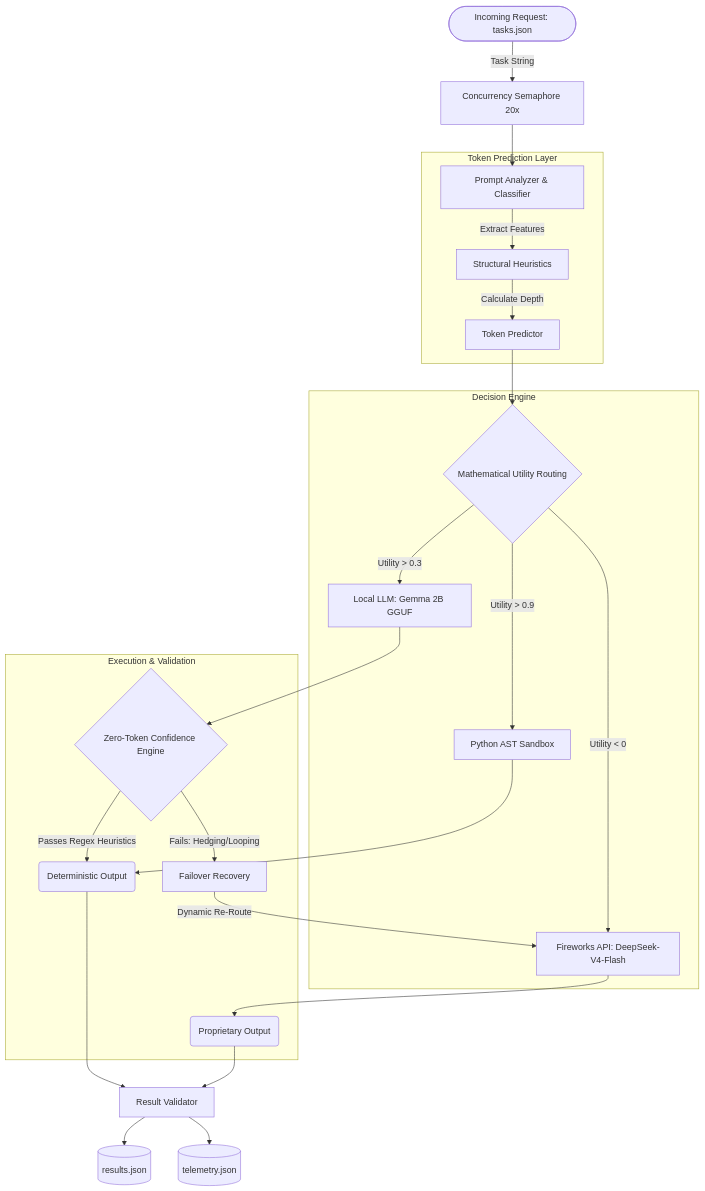
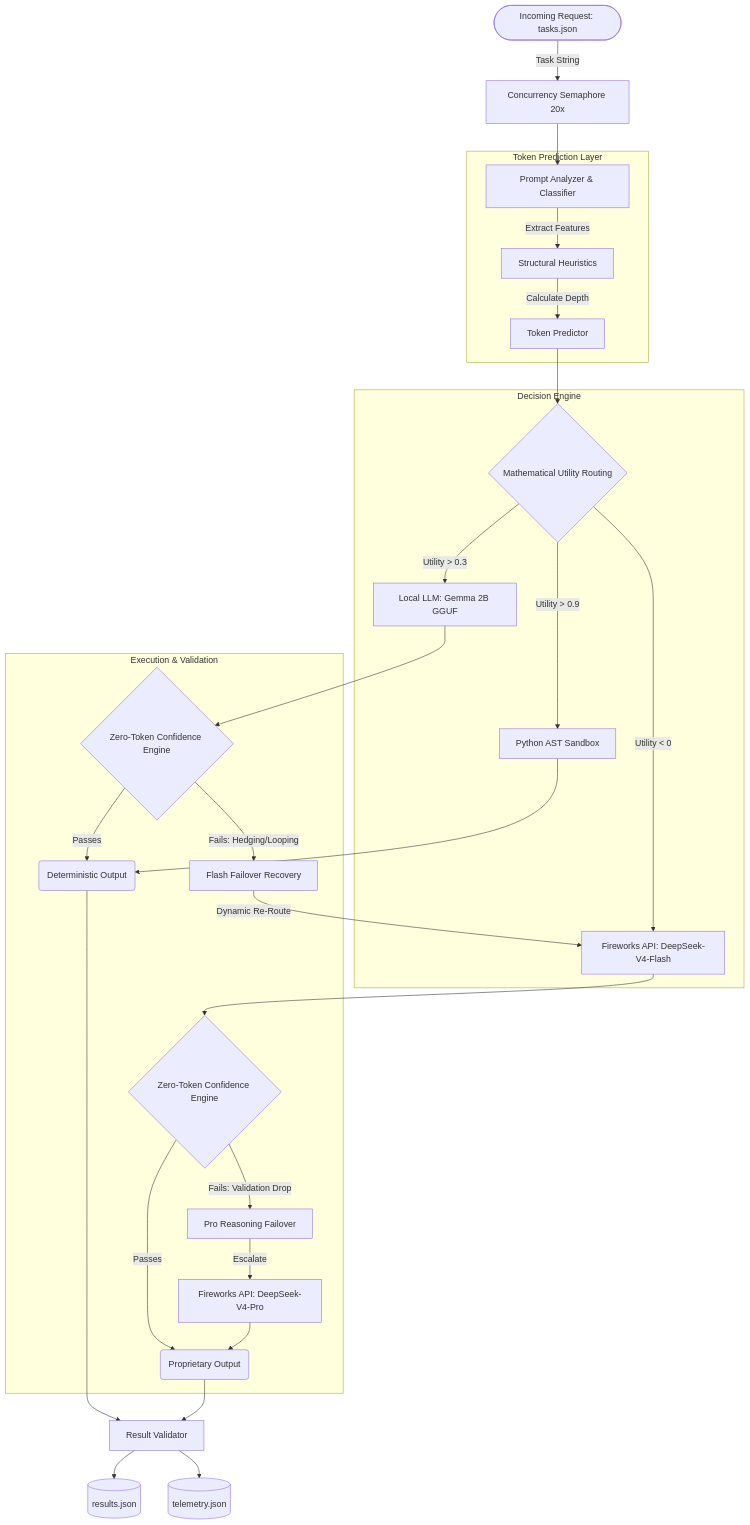
The first of 2 diagrams in README.md (RudraMalvankar/Base42), drawn with Mermaid before and after one commit. The commit also changed other lines of this file, not shown here.

Commit message:
docs: add 2-stage flash-to-pro failover architecture to readme

````diff
--- a/README.md
+++ b/README.md
@@ -18,32 +18,37 @@
 ```mermaid
 graph TD
     A([Incoming Request: tasks.json]) -->|Task String| B[Concurrency Semaphore 20x]
     B --> C[Prompt Analyzer & Classifier]
     
     subgraph Token Prediction Layer
     C -->|Extract Features| D[Structural Heuristics]
     D -->|Calculate Depth| E[Token Predictor]
     end
     
     subgraph Decision Engine
     E --> F{Mathematical Utility Routing}
     F -->|Utility > 0.9| G[Python AST Sandbox]
     F -->|Utility > 0.3| H[Local LLM: Gemma 2B GGUF]
     F -->|Utility < 0| I[Fireworks API: DeepSeek-V4-Flash]
     end
     
     subgraph Execution & Validation
     G --> J(Deterministic Output)
     H --> K{Zero-Token Confidence Engine}
-    I --> L(Proprietary Output)
+    I --> L{Zero-Token Confidence Engine}
     
-    K -->|Passes Regex Heuristics| J
-    K -->|Fails: Hedging/Looping| M[Failover Recovery]
+    K -->|Passes| J
+    K -->|Fails: Hedging/Looping| M[Flash Failover Recovery]
     M -->|Dynamic Re-Route| I
+    
+    L -->|Passes| N(Proprietary Output)
+    L -->|Fails: Validation Drop| O[Pro Reasoning Failover]
+    O -->|Escalate| P[Fireworks API: DeepSeek-V4-Pro]
+    P --> N
     end
     
-    J --> N[Result Validator]
-    L --> N
-    N --> O[(results.json)]
-    N --> P[(telemetry.json)]
+    J --> Q[Result Validator]
+    N --> Q
+    Q --> R[(results.json)]
+    Q --> S[(telemetry.json)]
 ```
````
